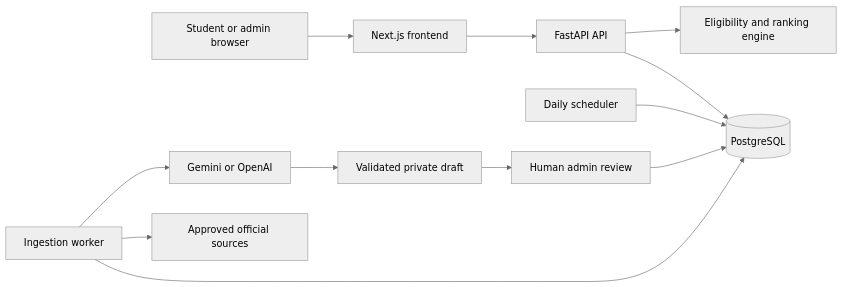
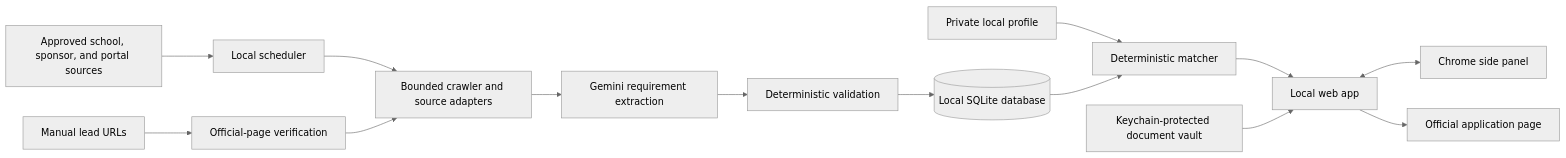
Before and after one commit to ajiang05/Pathaid: the diagram in README.md, drawn with Mermaid (neutral theme). The commit also changed other lines of this file and 117 other files, not shown here.

Commit message:
feat(local): establish single-user SQLite foundation

````diff
--- a/README.md
+++ b/README.md
@@ -34,16 +53,16 @@
 ```mermaid
 flowchart LR
-    Browser[Student or admin browser] --> Web[Next.js frontend]
-    Web --> API[FastAPI API]
-    API --> DB[(PostgreSQL)]
-    API --> Engine[Eligibility and ranking engine]
-
-    Scheduler[Daily scheduler] --> DB
-    Worker[Ingestion worker] --> DB
-    Worker --> Sources[Approved official sources]
-    Worker --> AI[Gemini or OpenAI]
-
-    AI --> Draft[Validated private draft]
-    Draft --> Review[Human admin review]
-    Review --> DB
+    Sources[Approved school, sponsor, and portal sources] --> Scheduler[Local scheduler]
+    Leads[Manual lead URLs] --> Verify[Official-page verification]
+    Scheduler --> Crawl[Bounded crawler and source adapters]
+    Verify --> Crawl
+    Crawl --> Extract[Gemini requirement extraction]
+    Extract --> Validate[Deterministic validation]
+    Validate --> DB[(Local SQLite database)]
+    Profile[Private local profile] --> Match[Deterministic matcher]
+    DB --> Match
+    Match --> Web[Local web app]
+    Web <--> Extension[Chrome side panel]
+    Vault[Keychain-protected document vault] --> Web
+    Web --> Official[Official application page]
 ```
````
